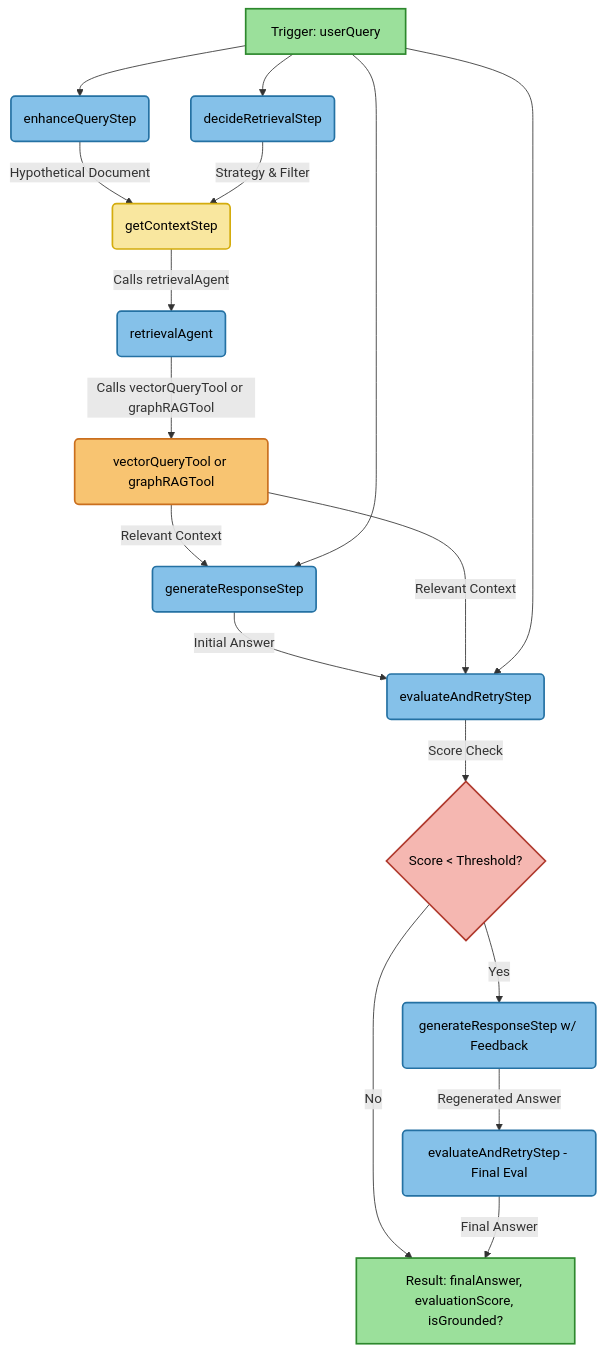
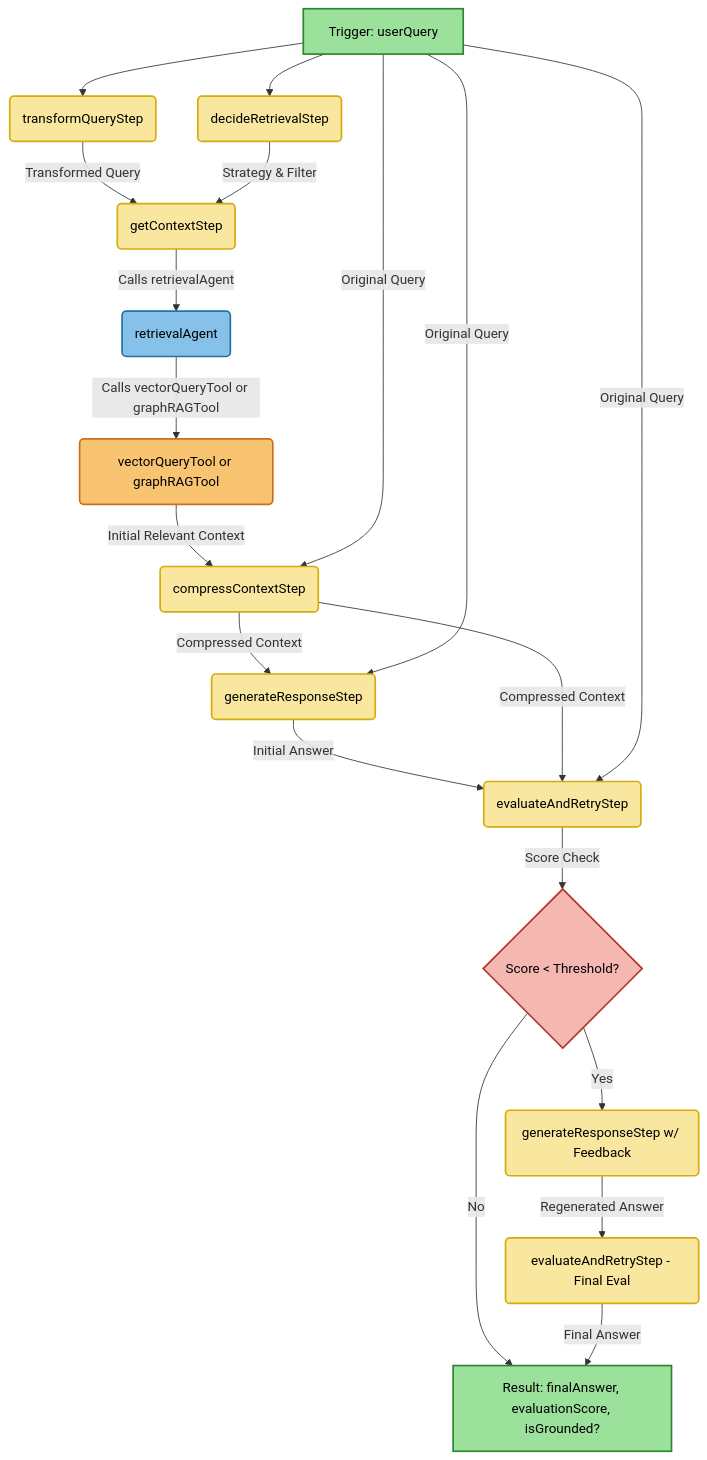
Before and after one commit to mark-hingston/ragger: the diagram in README.md, drawn with Mermaid. The commit also changed other lines of this file and 23 other files, not shown here.

````diff
--- a/README.md
+++ b/README.md
@@ -109,29 +111,31 @@
 ```mermaid
 graph TD
     %% Define Styles
     classDef trigger fill:#9BE09B,stroke:#2D882D,stroke-width:2px,color:#000,shape:parallelogram
     classDef step fill:#F9E79F,stroke:#D4AC0D,stroke-width:2px,color:#000,rounded:true
     classDef agentCall fill:#85C1E9,stroke:#2471A3,stroke-width:2px,color:#000,rounded:true
     classDef toolCall fill:#F8C471,stroke:#CA6F1E,stroke-width:2px,color:#000,rounded:true
     classDef decision fill:#F5B7B1,stroke:#B03A2E,stroke-width:2px,color:#000,shape:diamond
     classDef result fill:#9BE09B,stroke:#2D882D,stroke-width:2px,color:#000,shape:parallelogram
     classDef conditional fill:#E8DAEF,stroke:#8E44AD,stroke-width:1px,color:#000,rounded:true,stroke-dasharray:5 5
 
     %% Workflow Steps
-    A[Trigger: userQuery]:::trigger --> B(enhanceQueryStep):::agentCall
-    A --> D(decideRetrievalStep):::agentCall
-    B -- Hypothetical Document --> CTX(getContextStep):::step
-    D -- Strategy & Filter --> CTX
+    A[Trigger: userQuery]:::trigger --> TQ(transformQueryStep):::step
+    A --> DR(decideRetrievalStep):::step
+    TQ -- Transformed Query --> CTX(getContextStep):::step
+    DR -- Strategy & Filter --> CTX
     CTX -- Calls retrievalAgent --> RA(retrievalAgent):::agentCall
-    RA -- Calls vectorQueryTool or graphRAGTool --> T(vectorQueryTool or graphRAGTool):::toolCall
-    T -- Relevant Context --> G(generateResponseStep):::agentCall
-    A --> G
-    G -- Initial Answer --> H(evaluateAndRetryStep):::agentCall
-    T -- Relevant Context --> H
-    A --> H
+    RA -- Calls vectorQueryTool or graphRAGTool --> TOOL(vectorQueryTool or graphRAGTool):::toolCall
+    TOOL -- Initial Relevant Context --> CC(compressContextStep):::step
+    A -- Original Query --> CC
+    CC -- Compressed Context --> G(generateResponseStep):::step
+    A -- Original Query --> G
+    G -- Initial Answer --> H(evaluateAndRetryStep):::step
+    CC -- Compressed Context --> H
+    A -- Original Query --> H
     H -- Score Check --> HC{Score < Threshold?}:::decision
-    HC -- Yes --> G_Retry(generateResponseStep w/ Feedback):::agentCall
-    G_Retry -- Regenerated Answer --> H_EvalRetry(evaluateAndRetryStep - Final Eval):::agentCall
+    HC -- Yes --> G_Retry(generateResponseStep w/ Feedback):::step
+    G_Retry -- Regenerated Answer --> H_EvalRetry(evaluateAndRetryStep - Final Eval):::step
     HC -- No --> I[Result: finalAnswer, evaluationScore, isGrounded?]:::result
     H_EvalRetry -- Final Answer --> I
 ```
````
